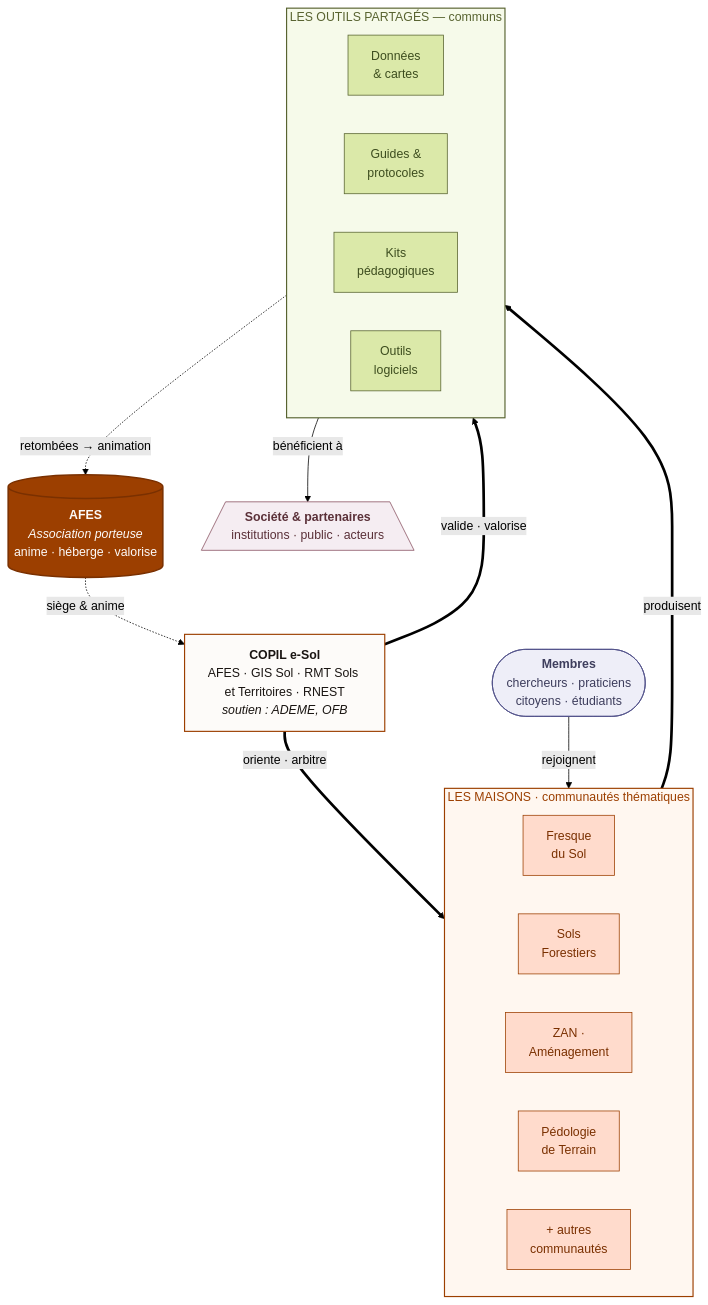
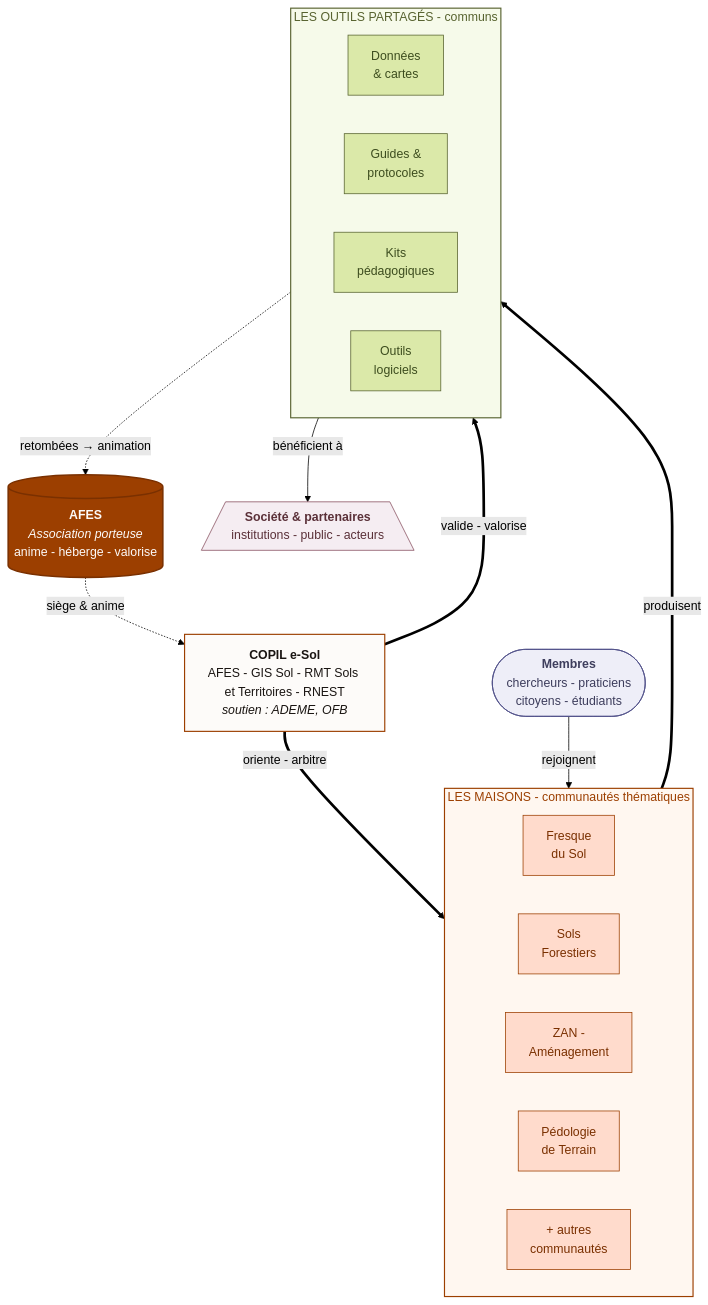
One commit to ThomasF63/e-sol-demo changed the first of 2 diagrams in src/components/diagram-gouvernance.md. Above: the diagram before and after it, drawn with Mermaid (forest theme). The commit also changed other lines of this file and 83 other files, not shown here.

````diff
--- a/src/components/diagram-gouvernance.md
+++ b/src/components/diagram-gouvernance.md
@@ -8,54 +8,54 @@
 ```mermaid
 flowchart TB
     %% ---------- Nodes ----------
-    AFES[("<b>AFES</b><br/><i>Association porteuse</i><br/>anime · héberge · valorise")]
-    COPIL["<b>COPIL e-Sol</b><br/>AFES · GIS Sol · RMT Sols et Territoires · RNEST<br/><i>soutien : ADEME, OFB</i>"]
+    AFES[("<b>AFES</b><br/><i>Association porteuse</i><br/>anime - héberge - valorise")]
+    COPIL["<b>COPIL e-Sol</b><br/>AFES - GIS Sol - RMT Sols et Territoires - RNEST<br/><i>soutien : ADEME, OFB</i>"]
 
-    subgraph MAISONS["LES MAISONS · communautés thématiques"]
+    subgraph MAISONS["LES MAISONS - communautés thématiques"]
       direction LR
       C1["Fresque<br/>du Sol"]
       C2["Sols<br/>Forestiers"]
-      C3["ZAN ·<br/>Aménagement"]
+      C3["ZAN -<br/>Aménagement"]
       C4["Pédologie<br/>de Terrain"]
       C5["+ autres<br/>communautés"]
     end
 
-    subgraph COMMUNS["LES OUTILS PARTAGÉS — communs"]
+    subgraph COMMUNS["LES OUTILS PARTAGÉS - communs"]
       direction LR
       K1["Données<br/>&amp; cartes"]
       K2["Guides &amp;<br/>protocoles"]
       K3["Kits<br/>pédagogiques"]
       K4["Outils<br/>logiciels"]
     end
 
-    MEMBRES(["<b>Membres</b><br/>chercheurs · praticiens<br/>citoyens · étudiants"])
-    SOCIETE[/"<b>Société &amp; partenaires</b><br/>institutions · public · acteurs"\]
+    MEMBRES(["<b>Membres</b><br/>chercheurs - praticiens<br/>citoyens - étudiants"])
+    SOCIETE[/"<b>Société &amp; partenaires</b><br/>institutions - public - acteurs"\]
 
     %% ---------- Relations ----------
     AFES -. "siège &amp; anime" .-> COPIL
-    COPIL == "oriente · arbitre" ==> MAISONS
-    COPIL == "valide · valorise" ==> COMMUNS
+    COPIL == "oriente - arbitre" ==> MAISONS
+    COPIL == "valide - valorise" ==> COMMUNS
 
     MEMBRES -- "rejoignent" --> MAISONS
     MAISONS == "produisent" ==> COMMUNS
     COMMUNS -- "bénéficient à" --> SOCIETE
     COMMUNS -. "retombées →&nbsp;animation" .-> AFES
 
     %% ---------- Styles ----------
     classDef afes fill:#9c3f00,stroke:#7a3000,color:#fdfbf9,stroke-width:2px
     classDef copil fill:#fdfbf9,stroke:#9c3f00,color:#1a1512,stroke-width:1.5px
     classDef community fill:#ffdbcc,stroke:#9c3f00,color:#7a3000
     classDef commun fill:#dbe9a9,stroke:#586330,color:#3d4d1f
     classDef people fill:#eeeef8,stroke:#4e4e88,color:#3d3d5c
     classDef society fill:#f5edf2,stroke:#885060,color:#5a3038
 
     class AFES afes
     class COPIL copil
     class C1,C2,C3,C4,C5 community
     class K1,K2,K3,K4 commun
     class MEMBRES people
     class SOCIETE society
 
     style MAISONS fill:#fff7f0,stroke:#9c3f00,stroke-width:1.5px,color:#9c3f00
     style COMMUNS fill:#f6faea,stroke:#586330,stroke-width:1.5px,color:#586330
 ```
````
